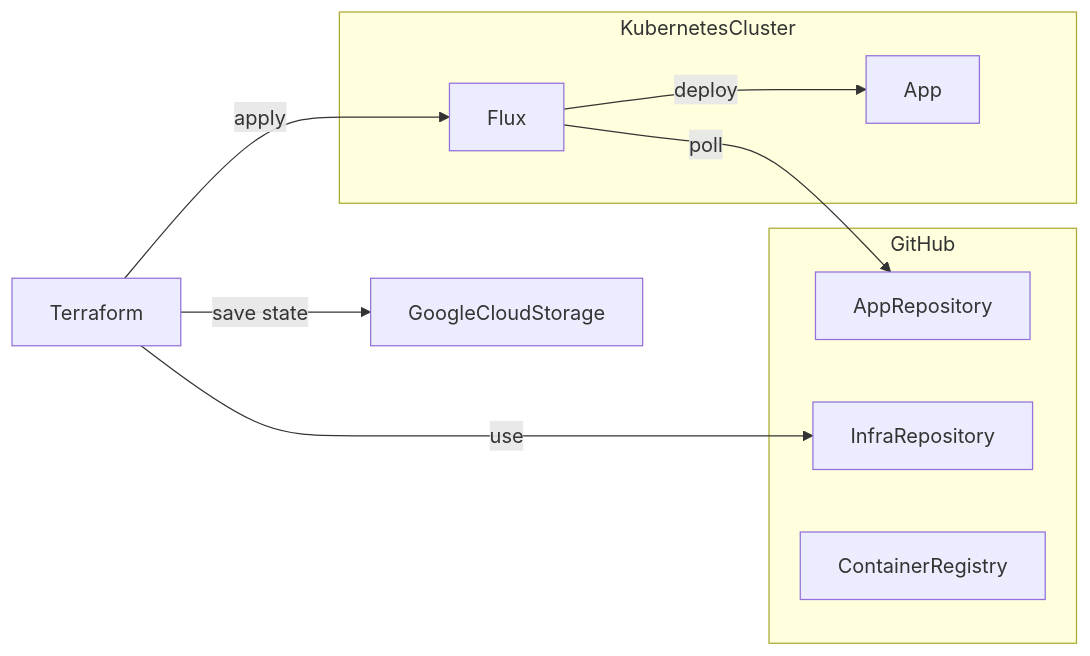
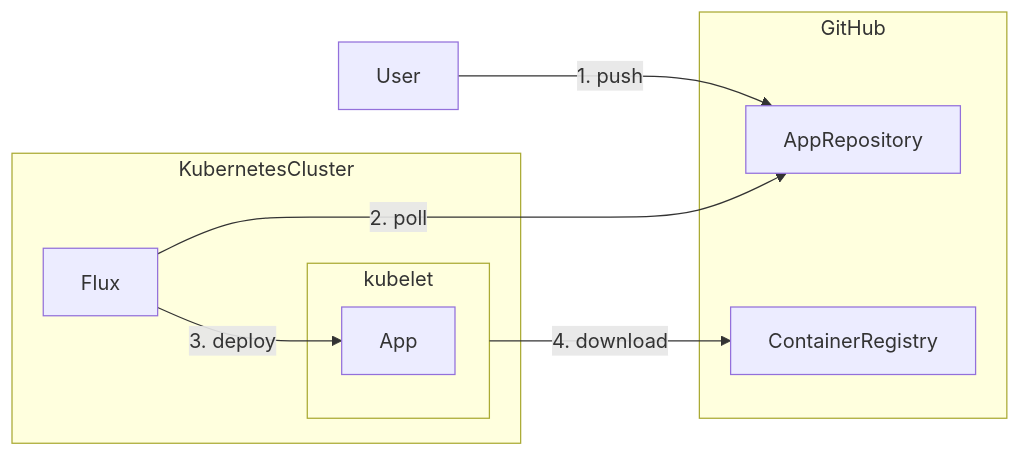
One commit to yevgen-grytsay/kbot-tf-flux changed the first of 2 diagrams in README.md. Above: the diagram before and after it, drawn with Mermaid. The commit also changed other lines of this file, not shown here.

````diff
--- a/README.md
+++ b/README.md
@@ -2,19 +14,26 @@
 ```mermaid
 graph LR
-Flux -- poll --> AppRepository
-Terraform -- use --> InfraRepository
-Flux -- deploy --> App
-Terraform -- apply --> Flux
-Terraform -- save state --> GoogleCloudStorage
+User -- 1. push --> AppRepository
+
+Flux -- 2. poll --> AppRepository
+%%Terraform -- use --> InfraRepository
+Flux -- 3. deploy --> App
+%%Terraform -- apply --> Flux
+%%Terraform -- save state --> GoogleCloudStorage
+
+kubelet -- 4. download --> ContainerRegistry
 
 subgraph GitHub
     AppRepository
-    InfraRepository
+    %%InfraRepository
     ContainerRegistry
 end
 
 subgraph KubernetesCluster
     Flux
-    App
+    
+    subgraph kubelet
+        App
+    end
 end
 ```
````
